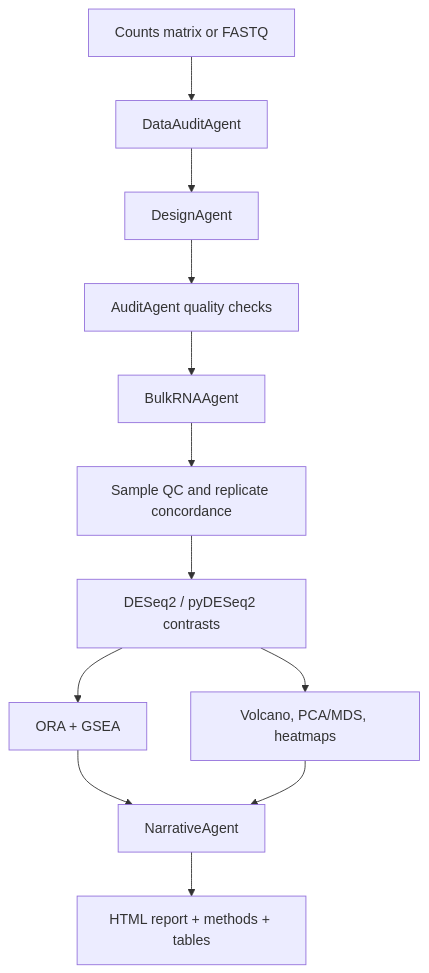
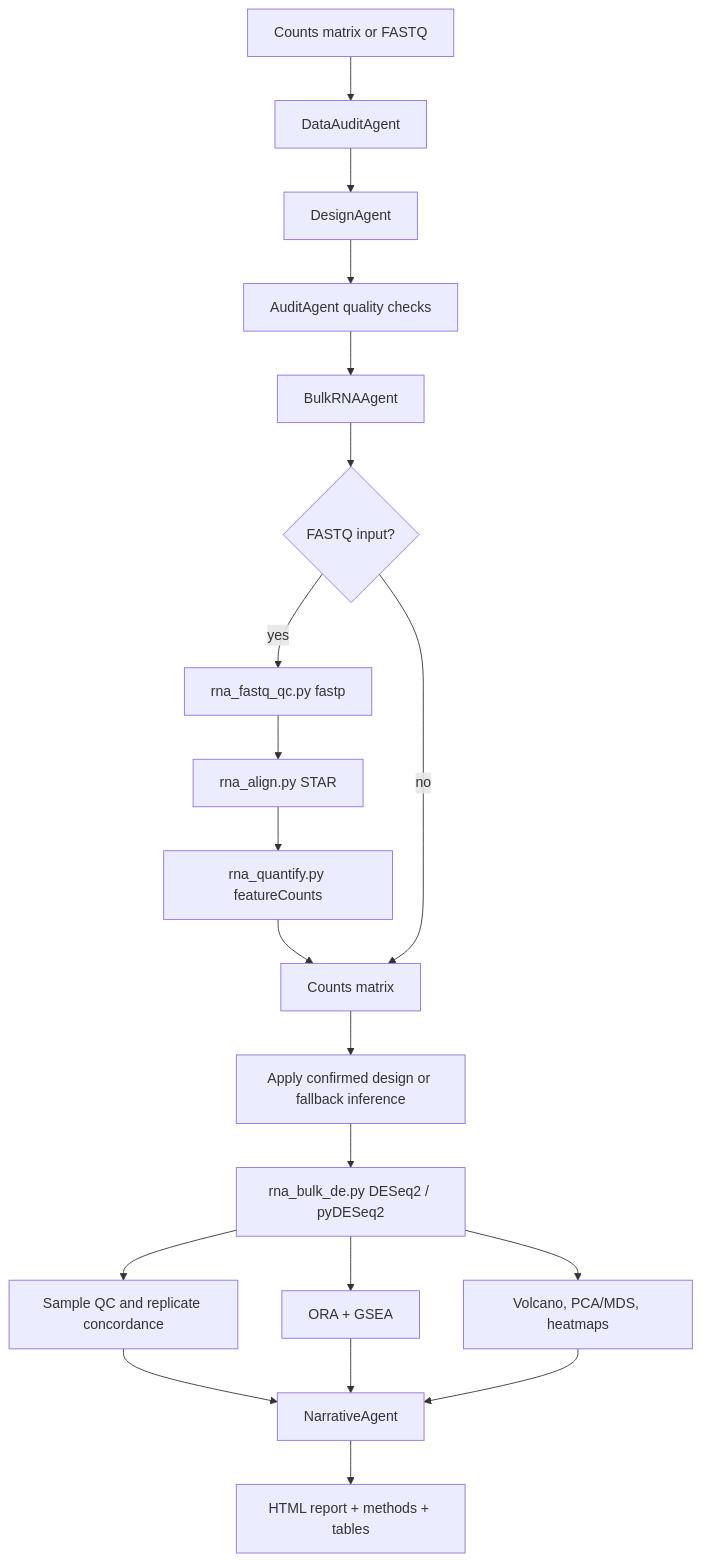
Before and after one commit to Olascoaga/aria-omics: the diagram in docs/workflows/bulk_rna.md, drawn with Mermaid. The commit also changed other lines of this file and 8 other files, not shown here.

Commit message:
Align documentation diagrams with agent flow

````diff
--- a/docs/workflows/bulk_rna.md
+++ b/docs/workflows/bulk_rna.md
@@ -35,14 +35,22 @@
 ```mermaid
 flowchart TD
     I[Counts matrix or FASTQ] --> DA[DataAuditAgent]
     DA --> D[DesignAgent]
     D --> A[AuditAgent quality checks]
     A --> BR[BulkRNAAgent]
-    BR --> QC[Sample QC and replicate concordance]
-    QC --> DE[DESeq2 / pyDESeq2 contrasts]
+    BR --> T{FASTQ input?}
+    T -->|yes| FQ[rna_fastq_qc.py fastp]
+    FQ --> ALN[rna_align.py STAR]
+    ALN --> QNT[rna_quantify.py featureCounts]
+    QNT --> COUNTS[Counts matrix]
+    T -->|no| COUNTS
+    COUNTS --> DESIGN[Apply confirmed design or fallback inference]
+    DESIGN --> DE[rna_bulk_de.py DESeq2 / pyDESeq2]
+    DE --> QC[Sample QC and replicate concordance]
     DE --> PW[ORA + GSEA]
     DE --> FIG[Volcano, PCA/MDS, heatmaps]
+    QC --> N[NarrativeAgent]
     PW --> N[NarrativeAgent]
     FIG --> N
     N --> R[HTML report + methods + tables]
 ```
````
